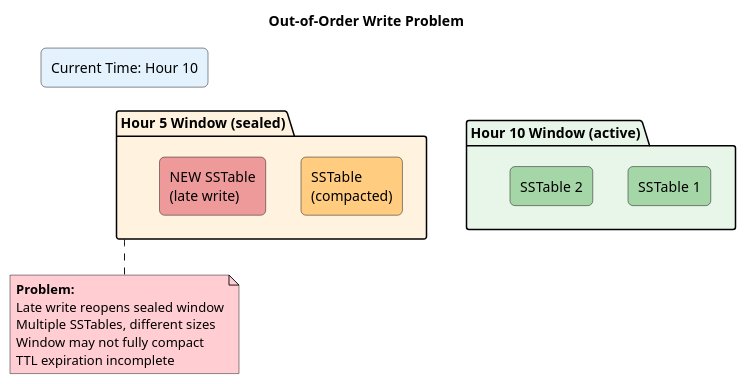
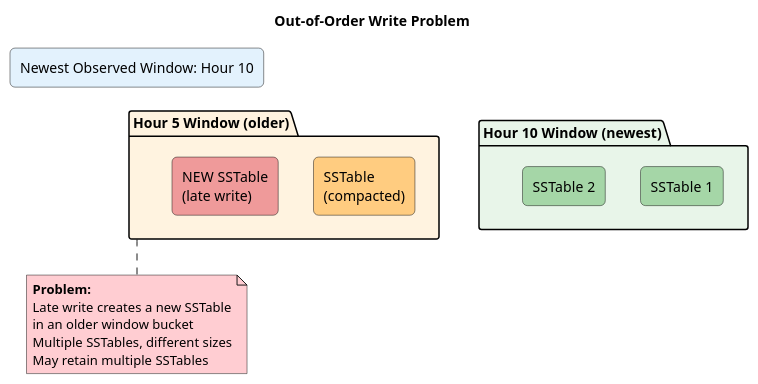
Before and after one commit to axonops/documentation: the fifth of 8 diagrams in docs/data-platforms/cassandra/architecture/storage-engine/compaction/twcs.md, drawn with PlantUML. The commit also changed other lines of this file and 3 other files, not shown here.

````diff
--- a/docs/data-platforms/cassandra/architecture/storage-engine/compaction/twcs.md
+++ b/docs/data-platforms/cassandra/architecture/storage-engine/compaction/twcs.md
@@ -549,36 +551,36 @@
 ```plantuml
 @startuml
-skinparam backgroundColor transparent
+skinparam backgroundColor white
 skinparam defaultFontName Helvetica
 
 title Out-of-Order Write Problem
 
 skinparam rectangle {
     roundCorner 10
 }
 
-rectangle "Current Time: Hour 10" as time #E3F2FD
+rectangle "Newest Observed Window: Hour 10" as time #E3F2FD
 
-package "Hour 5 Window (sealed)" as h5 #FFF3E0 {
+package "Hour 5 Window (older)" as h5 #FFF3E0 {
     rectangle "SSTable\n(compacted)" as h5ss #FFCC80
     rectangle "NEW SSTable\n(late write)" as h5new #EF9A9A
 }
 
-package "Hour 10 Window (active)" as h10 #E8F5E9 {
+package "Hour 10 Window (newest)" as h10 #E8F5E9 {
     rectangle "SSTable 1" as h10s1 #A5D6A7
     rectangle "SSTable 2" as h10s2 #A5D6A7
 }
 
 time -[hidden]down- h5
 h5 -[hidden]right- h10
 
 note bottom of h5 #FFCDD2
     **Problem:**
-    Late write reopens sealed window
+    Late write creates a new SSTable
+    in an older window bucket
     Multiple SSTables, different sizes
-    Window may not fully compact
-    TTL expiration incomplete
+    May retain multiple SSTables
 end note
 
 @enduml
 ```
````
